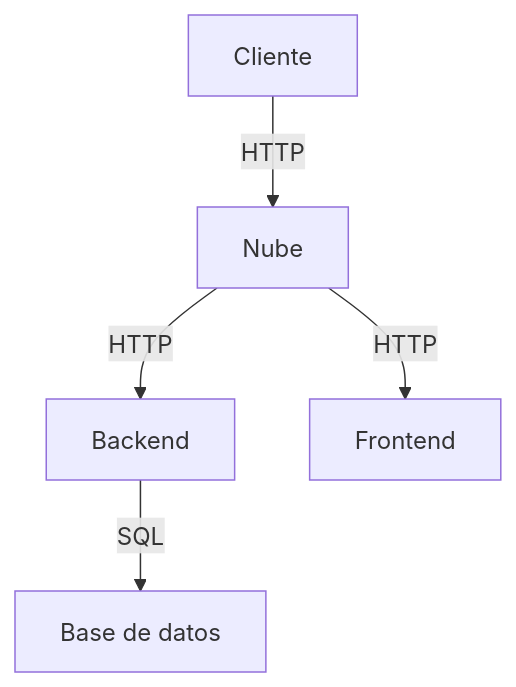
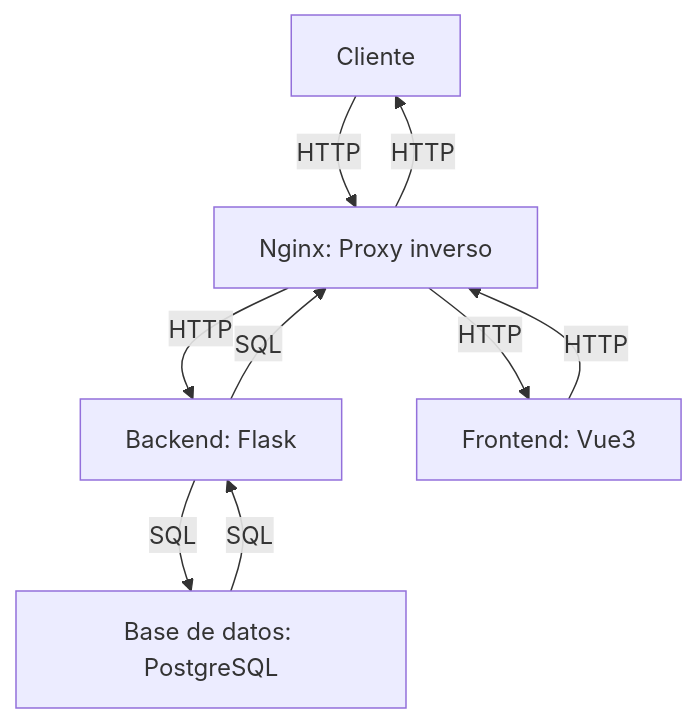
Before and after one commit to ktax06/ruleta: the second of 2 diagrams in README.md, drawn with Mermaid.

Commit message:
Refactor: Update architecture diagram in README.md to reflect changes in server and database technologies

````diff
--- a/README.md
+++ b/README.md
@@ -83,7 +83,11 @@
 ```mermaid
 graph TD
-    A[Cliente] -->|HTTP| B[Nube]
-    B -->|HTTP| C[Backend]
-    C -->|SQL| D[Base de datos]
-    B -->|HTTP| E[Frontend]
+    A[Cliente] -->|HTTP| B[Nginx: Proxy inverso]
+    B -->|HTTP| C[Backend: Flask]
+    C -->|SQL| D[Base de datos: PostgreSQL]
+    B -->|HTTP| E[Frontend: Vue3]
+    E -->|HTTP| B
+    D -->|SQL| C
+    C -->|SQL| B
+    B -->|HTTP| A
 ```
````
